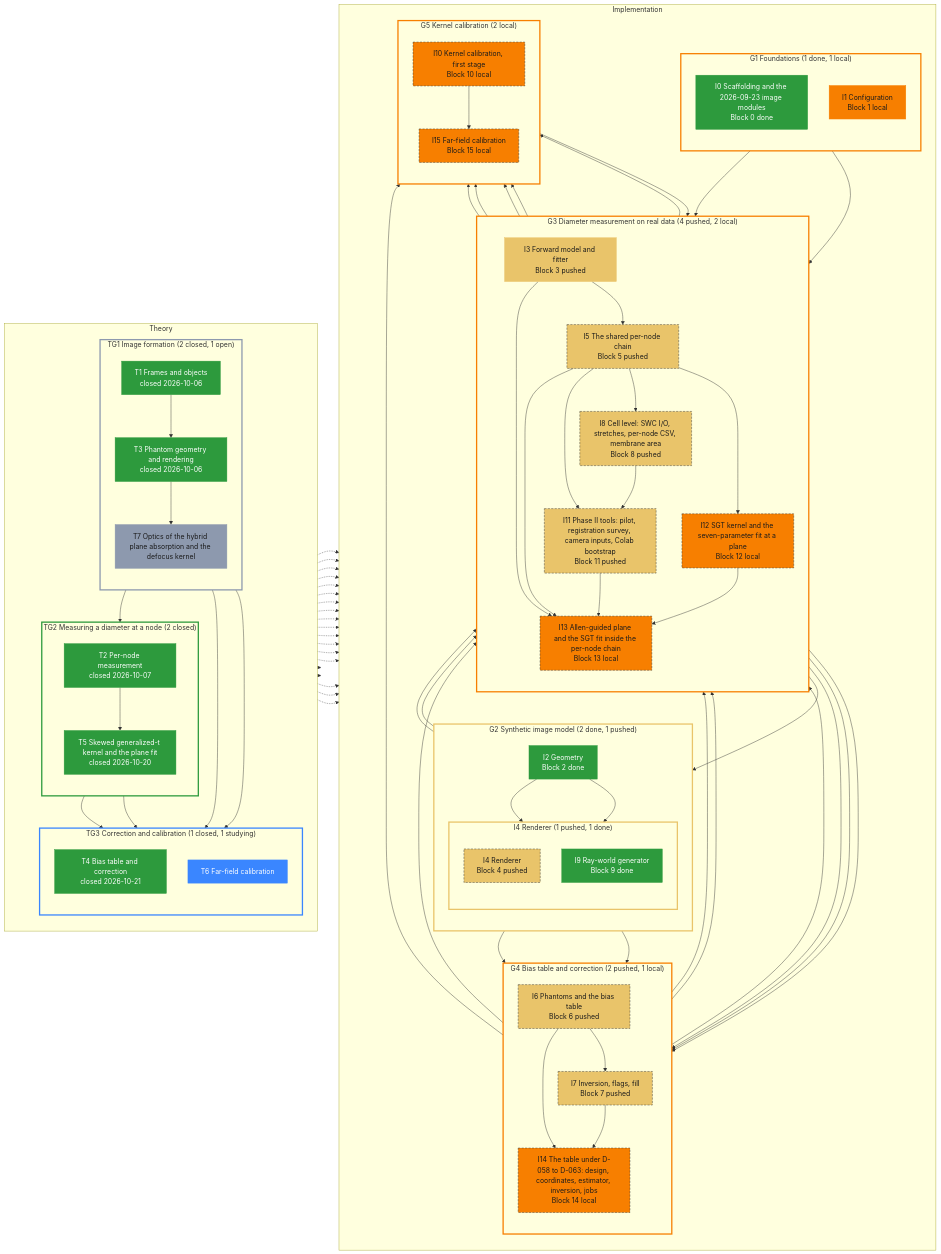
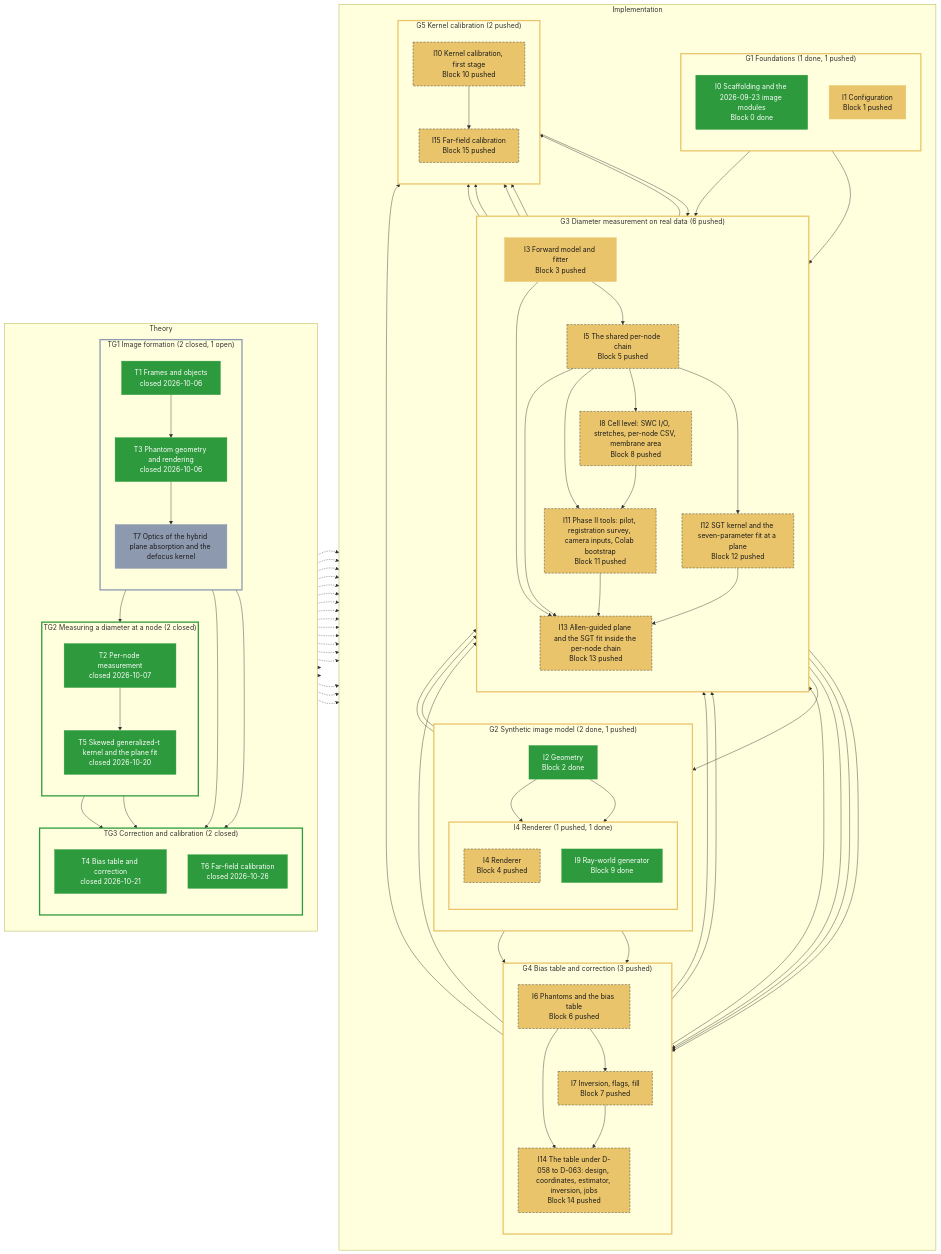
The diagram in specs/roadmap/diameter-pipeline.md (Leonardodm00/Towards-EEG), drawn with Mermaid before and after one commit. The commit also changed other lines of this file and 1 other file, not shown here.

Commit message:
roadmap: T6 -> closed (requested on the page); blocks 10 and 15 pushed
T6 (far-field calibration) closed on the page by the user on 2026-10-26;
its questions were settled by D-074 and D-077 to D-081. Rendered from the
status at dd901de after the push of 24eb687..dd901de: I1, I10, I12, I13,
I14 and I15 move from local to pushed (no tester report covers them yet);
TG3 closed; theory open 1 (T7), closed 6.

Claude-Session: https://claude.ai/code/session_01A4Rbw5TUz4QitY92wEvYXa

````diff
--- a/specs/roadmap/diameter-pipeline.md
+++ b/specs/roadmap/diameter-pipeline.md
@@ -29,10 +29,10 @@
             T2["T2 Per-node measurement<br/>closed 2026-10-07"]:::closed
             T5["T5 Skewed generalized-t kernel and the plane fit<br/>closed 2026-10-20"]:::closed
         end
-        subgraph grp_TG3["TG3 Correction and calibration (1 closed, 1 studying)"]
+        subgraph grp_TG3["TG3 Correction and calibration (2 closed)"]
             direction TB
             T4["T4 Bias table and correction<br/>closed 2026-10-21"]:::closed
-            T6["T6 Far-field calibration"]:::studying
+            T6["T6 Far-field calibration<br/>closed 2026-10-26"]:::closed
         end
         T1 --> T2
         T1 --> T3
@@ -45,10 +45,10 @@
     end
     subgraph impl["Implementation"]
         direction TB
-        subgraph grp_G1["G1 Foundations (1 done, 1 local)"]
+        subgraph grp_G1["G1 Foundations (1 done, 1 pushed)"]
             direction TB
             I0["I0 Scaffolding and the 2026-09-23 image modules<br/>Block 0 done"]:::done
-            I1["I1 Configuration<br/>Block 1 local"]:::local
+            I1["I1 Configuration<br/>Block 1 pushed"]:::pushed
         end
         subgraph grp_G2["G2 Synthetic image model (2 done, 1 pushed)"]
             direction TB
@@ -59,25 +59,25 @@
                 I9["I9 Ray-world generator<br/>Block 9 done"]:::done
             end
         end
-        subgraph grp_G3["G3 Diameter measurement on real data (4 pushed, 2 local)"]
+        subgraph grp_G3["G3 Diameter measurement on real data (6 pushed)"]
             direction TB
             I3["I3 Forward model and fitter<br/>Block 3 pushed"]:::pushed
             I5["I5 The shared per-node chain<br/>Block 5 pushed"]:::pushed
             I8["I8 Cell level: SWC I/O, stretches, per-node CSV, membrane area<br/>Block 8 pushed"]:::pushed
             I11["I11 Phase II tools: pilot, registration survey, camera inputs, Colab bootstrap<br/>Block 11 pushed"]:::pushed
-            I12["I12 SGT kernel and the seven-parameter fit at a plane<br/>Block 12 local"]:::local
-            I13["I13 Allen-guided plane and the SGT fit inside the per-node chain<br/>Block 13 local"]:::local
+            I12["I12 SGT kernel and the seven-parameter fit at a plane<br/>Block 12 pushed"]:::pushed
+            I13["I13 Allen-guided plane and the SGT fit inside the per-node chain<br/>Block 13 pushed"]:::pushed
         end
-        subgraph grp_G4["G4 Bias table and correction (2 pushed, 1 local)"]
+        subgraph grp_G4["G4 Bias table and correction (3 pushed)"]
             direction TB
             I6["I6 Phantoms and the bias table<br/>Block 6 pushed"]:::pushed
             I7["I7 Inversion, flags, fill<br/>Block 7 pushed"]:::pushed
-            I14["I14 The table under D-058 to D-063: design, coordinates, estimator, inversion, jobs<br/>Block 14 local"]:::local
+            I14["I14 The table under D-058 to D-063: design, coordinates, estimator, inversion, jobs<br/>Block 14 pushed"]:::pushed
         end
-        subgraph grp_G5["G5 Kernel calibration (2 local)"]
+        subgraph grp_G5["G5 Kernel calibration (2 pushed)"]
             direction TB
-            I10["I10 Kernel calibration, first stage<br/>Block 10 local"]:::local
-            I15["I15 Far-field calibration<br/>Block 15 local"]:::local
+            I10["I10 Kernel calibration, first stage<br/>Block 10 pushed"]:::pushed
+            I15["I15 Far-field calibration<br/>Block 15 pushed"]:::pushed
         end
         I2 --> I4
         I3 --> I4
@@ -138,11 +138,11 @@
     class I4,I5,I6,I7,I8,I10,I11,I12,I13,I14,I15 blocked
     style grp_TG1 stroke:#8d99ae,stroke-width:3px
     style grp_TG2 stroke:#2d9a3d,stroke-width:3px
-    style grp_TG3 stroke:#3a86ff,stroke-width:3px
-    style grp_G1 stroke:#f77f00,stroke-width:3px
+    style grp_TG3 stroke:#2d9a3d,stroke-width:3px
+    style grp_G1 stroke:#e9c46a,stroke-width:3px
     style grp_I4 stroke:#e9c46a,stroke-width:3px
     style grp_G2 stroke:#e9c46a,stroke-width:3px
-    style grp_G3 stroke:#f77f00,stroke-width:3px
-    style grp_G4 stroke:#f77f00,stroke-width:3px
-    style grp_G5 stroke:#f77f00,stroke-width:3px
+    style grp_G3 stroke:#e9c46a,stroke-width:3px
+    style grp_G4 stroke:#e9c46a,stroke-width:3px
+    style grp_G5 stroke:#e9c46a,stroke-width:3px
 ```
````
